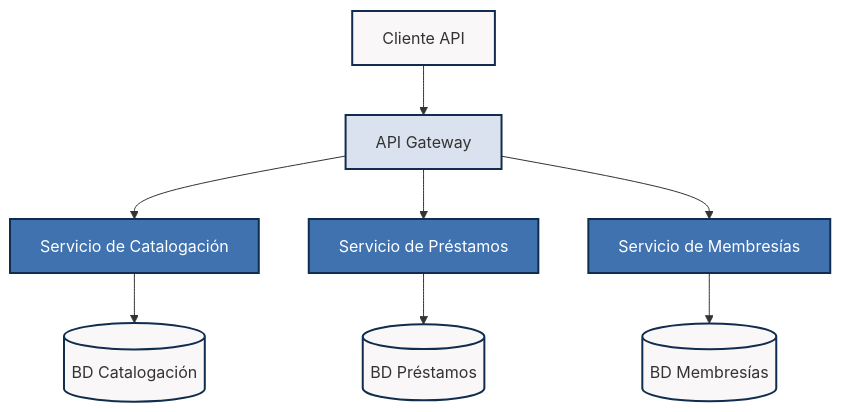
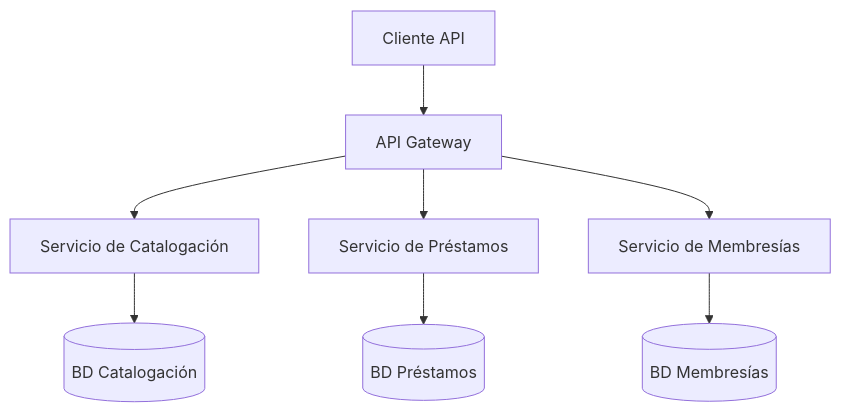
Before and after one commit to aialphanovatide/software-architecture-guide: the third of 11 diagrams in docs/ddd/bounded-contexts.md, drawn with Mermaid. The commit also changed other lines of this file and 8 other files, not shown here.

````diff
--- a/docs/ddd/bounded-contexts.md
+++ b/docs/ddd/bounded-contexts.md
@@ -196,21 +172,12 @@
 ```mermaid
 graph TD
     Cliente[Cliente API] --> Gateway[API Gateway]
     
     Gateway --> SC[Servicio de Catalogación]
     Gateway --> SP[Servicio de Préstamos]
     Gateway --> SM[Servicio de Membresías]
     
     SC --> DBC[(BD Catalogación)]
     SP --> DBP[(BD Préstamos)]
     SM --> DBM[(BD Membresías)]
-    
-    style Cliente fill:#f9f7f7,stroke:#112d4e,stroke-width:2px
-    style Gateway fill:#dbe2ef,stroke:#112d4e,stroke-width:2px
-    style SC fill:#3f72af,stroke:#112d4e,stroke-width:2px,color:#ffffff
-    style SP fill:#3f72af,stroke:#112d4e,stroke-width:2px,color:#ffffff
-    style SM fill:#3f72af,stroke:#112d4e,stroke-width:2px,color:#ffffff
-    style DBC fill:#f9f7f7,stroke:#112d4e,stroke-width:2px
-    style DBP fill:#f9f7f7,stroke:#112d4e,stroke-width:2px
-    style DBM fill:#f9f7f7,stroke:#112d4e,stroke-width:2px
 ```
````
